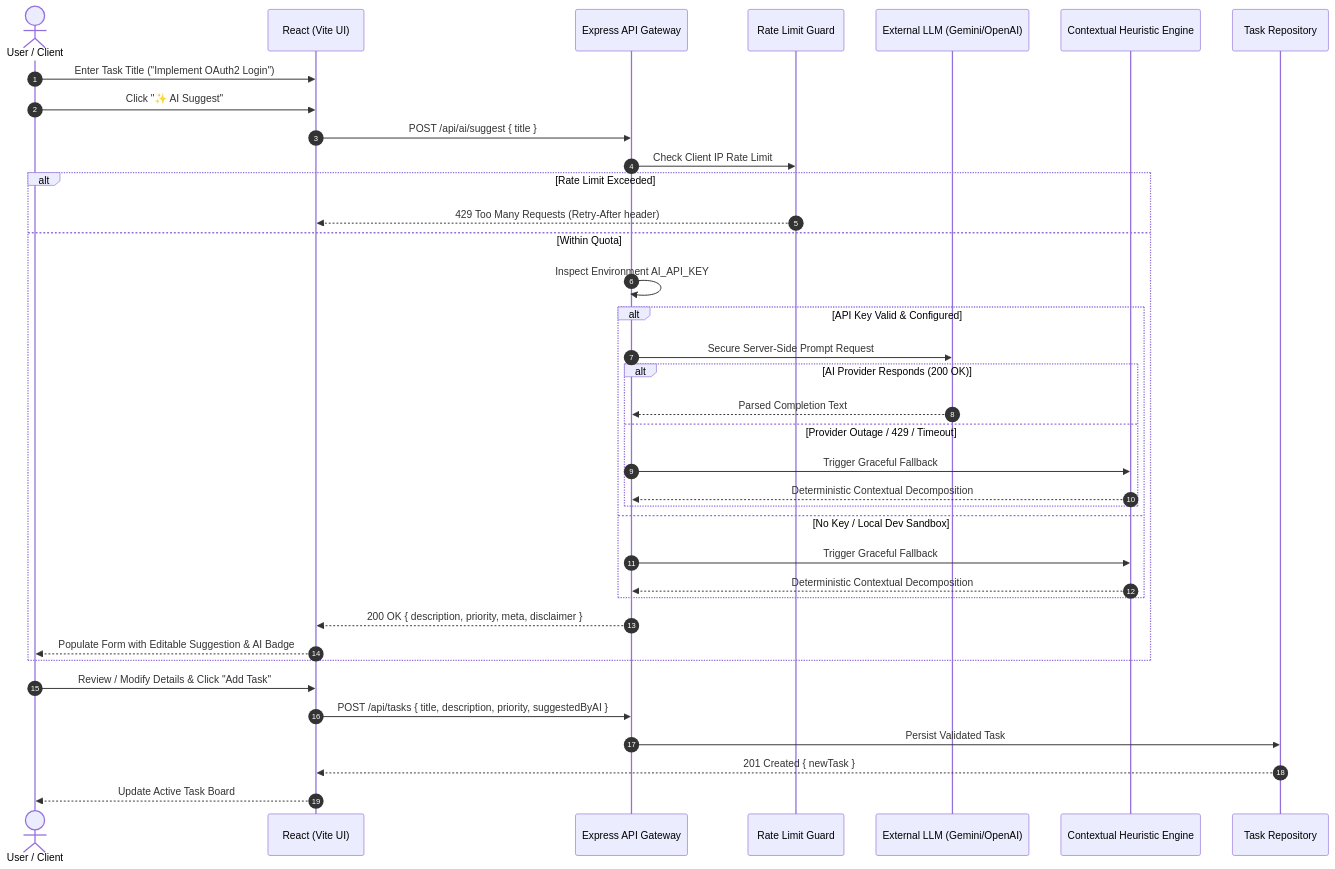
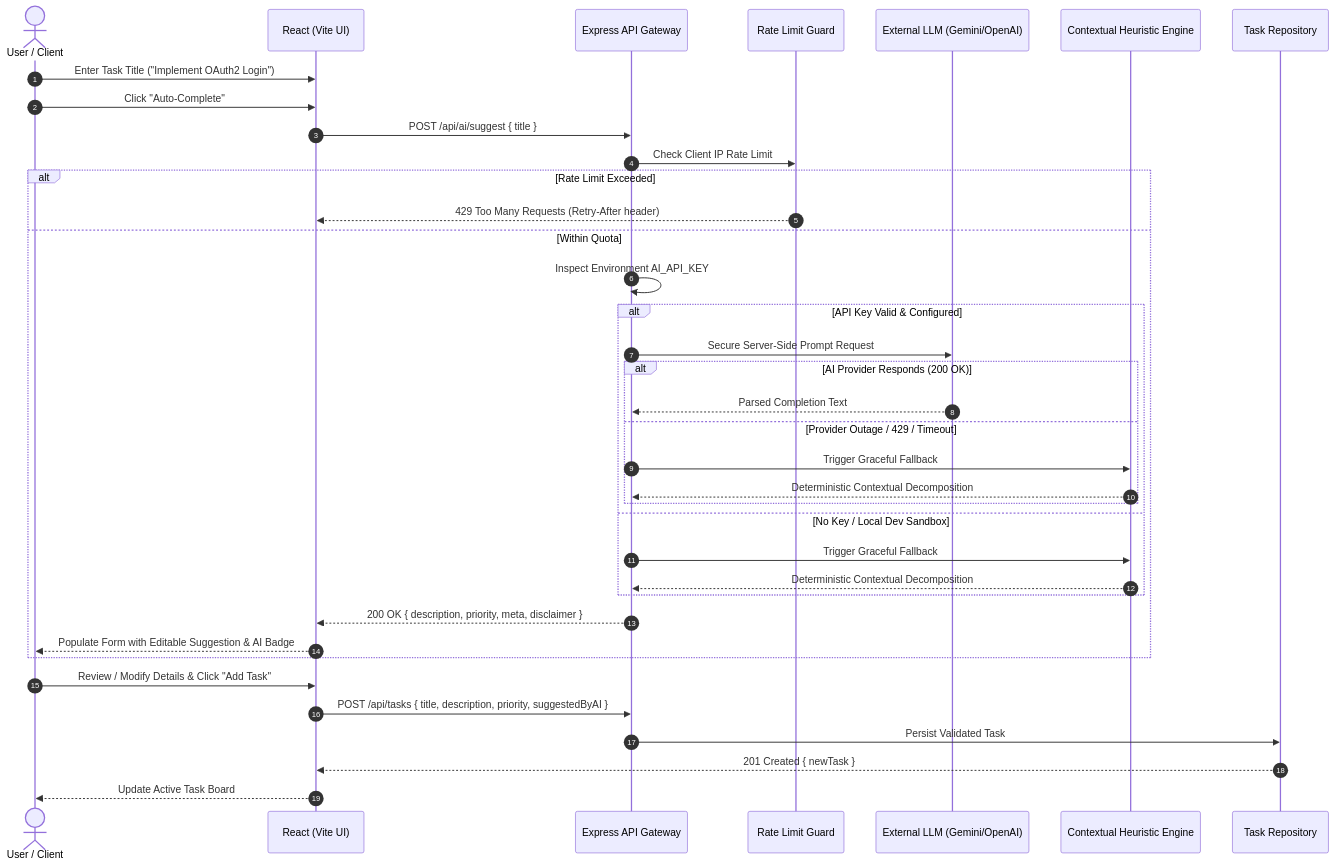
Before and after one commit to 24CS012Deep/Prc13_AWDF: the diagram in README.md, drawn with Mermaid. The commit also changed other lines of this file and 4 other files, not shown here.

````diff
--- a/README.md
+++ b/README.md
@@ -19,40 +21,40 @@
 ```mermaid
 sequenceDiagram
     autonumber
     actor User as User / Client
     participant Frontend as React (Vite UI)
     participant Backend as Express API Gateway
     participant RateLimiter as Rate Limit Guard
     participant AIProvider as External LLM (Gemini/OpenAI)
     participant Fallback as Contextual Heuristic Engine
     participant Store as Task Repository
 
     User->>Frontend: Enter Task Title ("Implement OAuth2 Login")
-    User->>Frontend: Click "✨ AI Suggest"
+    User->>Frontend: Click "Auto-Complete"
     Frontend->>Backend: POST /api/ai/suggest { title }
     Backend->>RateLimiter: Check Client IP Rate Limit
     alt Rate Limit Exceeded
         RateLimiter-->>Frontend: 429 Too Many Requests (Retry-After header)
     else Within Quota
         Backend->>Backend: Inspect Environment AI_API_KEY
         alt API Key Valid & Configured
             Backend->>AIProvider: Secure Server-Side Prompt Request
             alt AI Provider Responds (200 OK)
                 AIProvider-->>Backend: Parsed Completion Text
             else Provider Outage / 429 / Timeout
                 Backend->>Fallback: Trigger Graceful Fallback
                 Fallback-->>Backend: Deterministic Contextual Decomposition
             end
         else No Key / Local Dev Sandbox
             Backend->>Fallback: Trigger Graceful Fallback
             Fallback-->>Backend: Deterministic Contextual Decomposition
         end
         Backend-->>Frontend: 200 OK { description, priority, meta, disclaimer }
         Frontend-->>User: Populate Form with Editable Suggestion & AI Badge
     end
     User->>Frontend: Review / Modify Details & Click "Add Task"
     Frontend->>Backend: POST /api/tasks { title, description, priority, suggestedByAI }
     Backend->>Store: Persist Validated Task
     Store-->>Frontend: 201 Created { newTask }
     Frontend-->>User: Update Active Task Board
 ```
````
